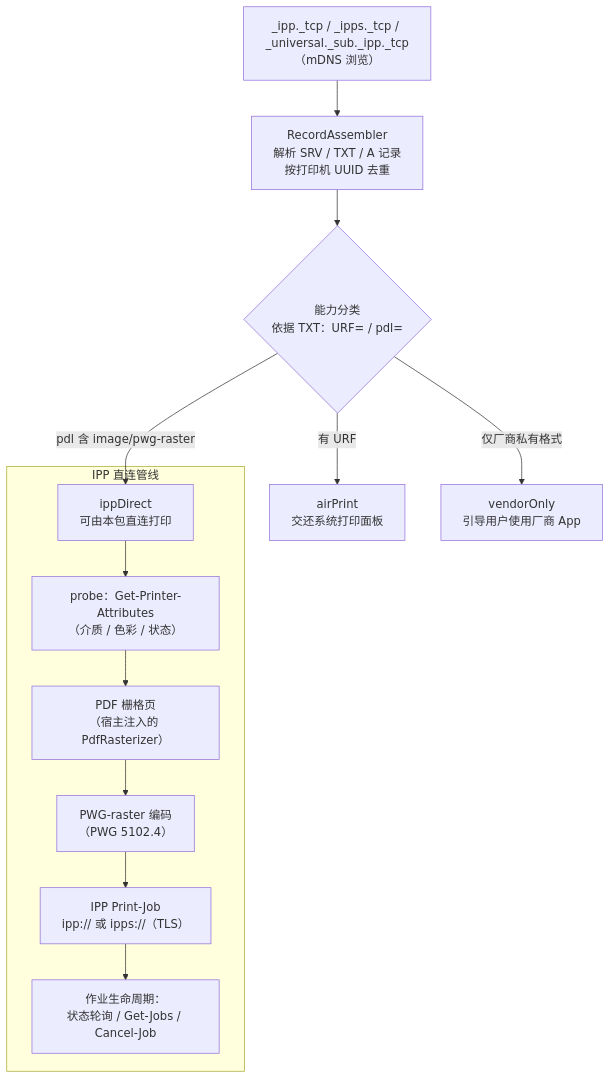
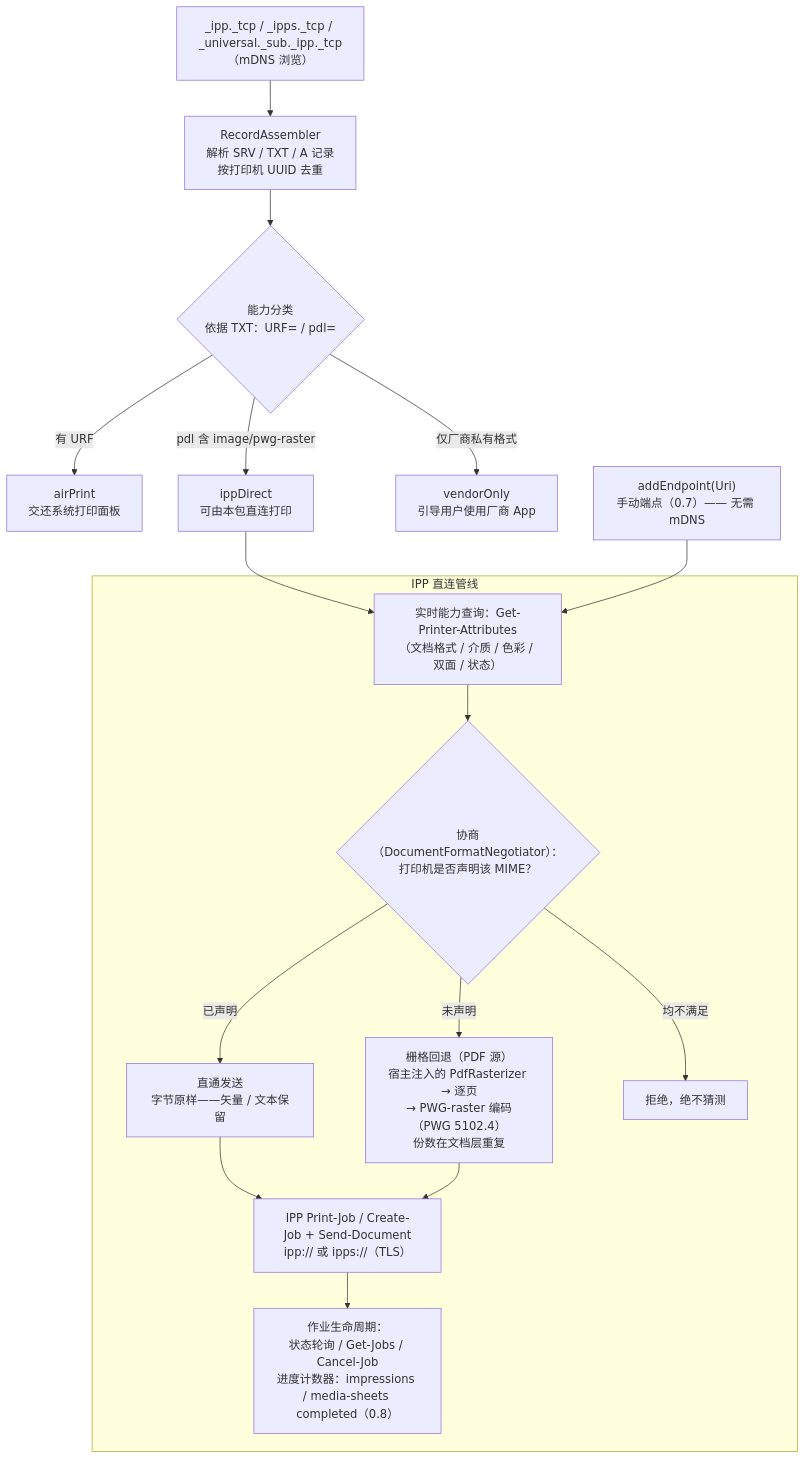
The diagram in README.zh-CN.md (eveinzz/ipp_print), drawn with Mermaid before and after one commit. The commit also changed 1 other file, not shown here.

Commit message:
docs(readme): reflect format negotiation, manual endpoint and job counters in the How-it-works diagram

````diff
--- a/README.zh-CN.md
+++ b/README.zh-CN.md
@@ -62,16 +62,22 @@
 ```mermaid
 flowchart TB
     A["_ipp._tcp / _ipps._tcp / _universal._sub._ipp._tcp（mDNS 浏览）"]
       --> B["RecordAssembler<br/>解析 SRV / TXT / A 记录<br/>按打印机 UUID 去重"]
     B --> C{"能力分类<br/>依据 TXT：URF= / pdl="}
     C -->|"有 URF"| D["airPrint<br/>交还系统打印面板"]
     C -->|"pdl 含 image/pwg-raster"| E["ippDirect<br/>可由本包直连打印"]
     C -->|"仅厂商私有格式"| F["vendorOnly<br/>引导用户使用厂商 App"]
+    U["addEndpoint(Uri)<br/>手动端点（0.7）—— 无需 mDNS"]
     subgraph P["IPP 直连管线"]
-      E --> G["probe：Get-Printer-Attributes<br/>（介质 / 色彩 / 状态）"]
-      G --> H["PDF 栅格页<br/>（宿主注入的 PdfRasterizer）"]
-      H --> I["PWG-raster 编码<br/>（PWG 5102.4）"]
-      I --> J["IPP Print-Job<br/>ipp:// 或 ipps://（TLS）"]
-      J --> K["作业生命周期：<br/>状态轮询 / Get-Jobs / Cancel-Job"]
+      G["实时能力查询：Get-Printer-Attributes<br/>（文档格式 / 介质 / 色彩 / 双面 / 状态）"]
+      G --> N{"协商（DocumentFormatNegotiator）：<br/>打印机是否声明该 MIME？"}
+      N -->|"已声明"| T["直通发送<br/>字节原样——矢量 / 文本保留"]
+      N -->|"未声明"| R["栅格回退（PDF 源）<br/>宿主注入的 PdfRasterizer → 逐页<br/>→ PWG-raster 编码（PWG 5102.4）<br/>份数在文档层重复"]
+      N -->|"均不满足"| X["拒绝，绝不猜测"]
+      T --> J["IPP Print-Job / Create-Job + Send-Document<br/>ipp:// 或 ipps://（TLS）"]
+      R --> J
+      J --> K["作业生命周期：<br/>状态轮询 / Get-Jobs / Cancel-Job<br/>进度计数器：impressions / media-sheets completed（0.8）"]
     end
+    E --> G
+    U --> G
 ```
````
